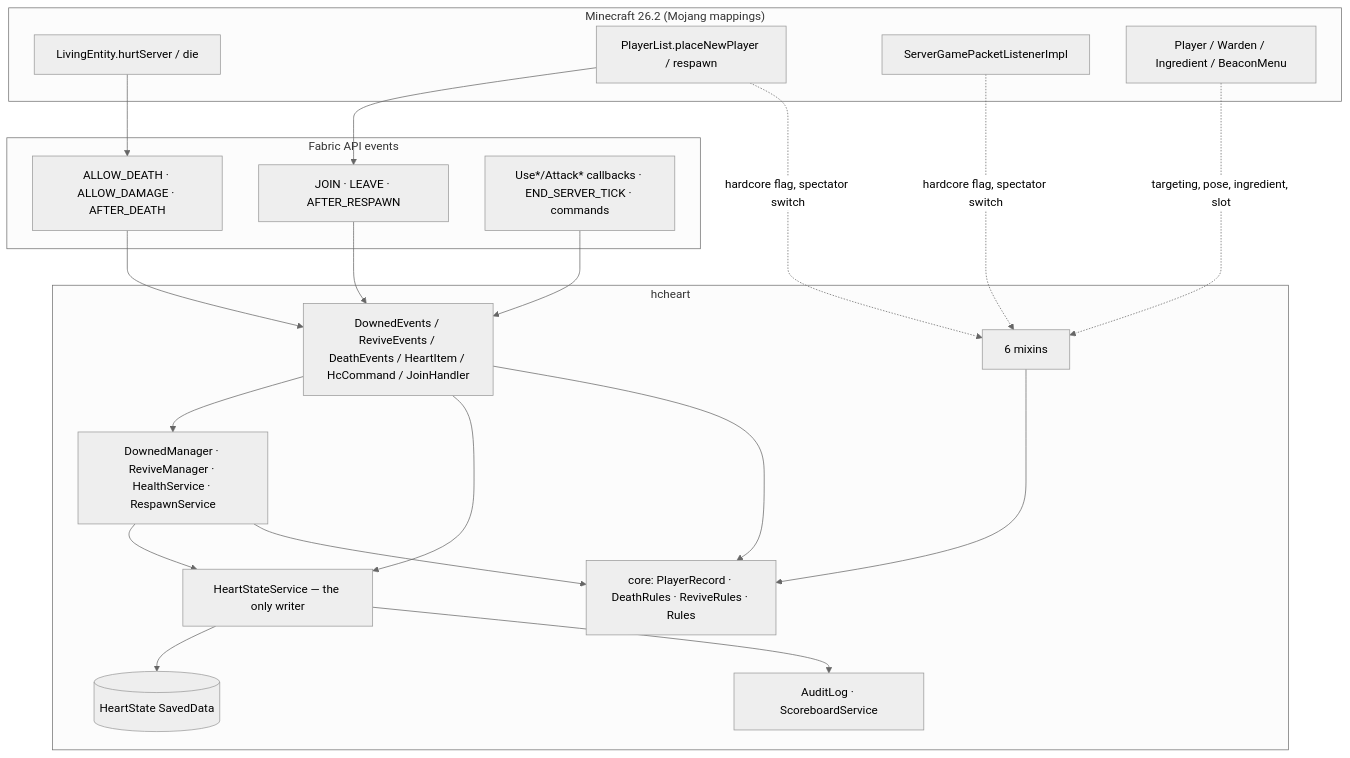
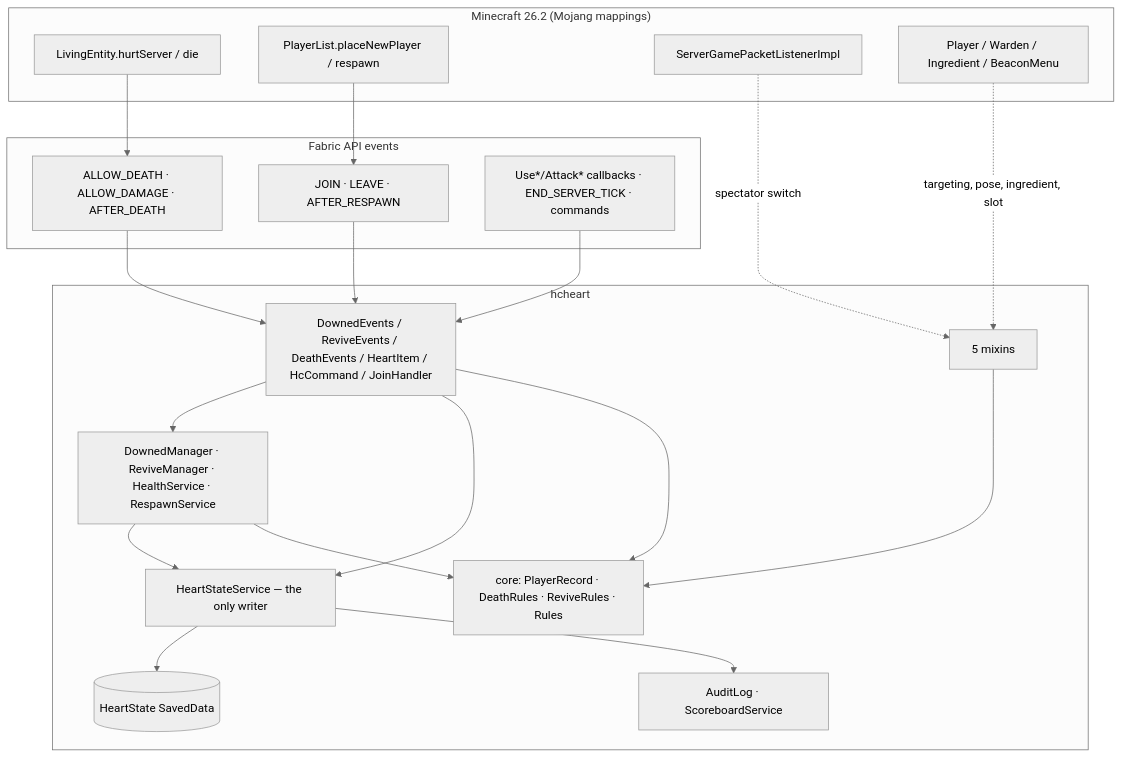
Before and after one commit to MusaMisto/FracturedHardcore: the first of 2 diagrams in README.md, drawn with Mermaid (neutral theme). The commit also changed other lines of this file and 9 other files, not shown here.

First line of the commit message:
feat: /hc giveup for downed players; leave the login hardcore flag to vanilla

````diff
--- a/README.md
+++ b/README.md
@@ -257,33 +264,33 @@
 ```mermaid
 flowchart TB
     subgraph Vanilla["Minecraft 26.2 (Mojang mappings)"]
         V1["LivingEntity.hurtServer / die"]
         V2["PlayerList.placeNewPlayer / respawn"]
         V3["ServerGamePacketListenerImpl"]
         V4["Player / Warden / Ingredient / BeaconMenu"]
     end
     subgraph Fabric["Fabric API events"]
         E1["ALLOW_DEATH · ALLOW_DAMAGE · AFTER_DEATH"]
         E2["JOIN · LEAVE · AFTER_RESPAWN"]
         E3["Use*/Attack* callbacks · END_SERVER_TICK · commands"]
     end
     subgraph Mod["hcheart"]
         M1["DownedEvents / ReviveEvents / DeathEvents / HeartItem / HcCommand / JoinHandler"]
         M2["DownedManager · ReviveManager · HealthService · RespawnService"]
         M3["HeartStateService — the only writer"]
         M4[(HeartState SavedData)]
         M5["AuditLog · ScoreboardService"]
-        MX["6 mixins"]
+        MX["5 mixins"]
         C["core: PlayerRecord · DeathRules · ReviveRules · Rules"]
     end
     V1 --> E1 --> M1
     V2 --> E2 --> M1
     V4 -. targeting, pose, ingredient, slot .-> MX
-    V2 & V3 -. hardcore flag, spectator switch .-> MX
+    V3 -. spectator switch .-> MX
     E3 --> M1
     M1 --> M2 --> M3
     M1 --> M3
     M3 --> M4
     M3 --> M5
     M1 & M2 & MX --> C
 ```
````
